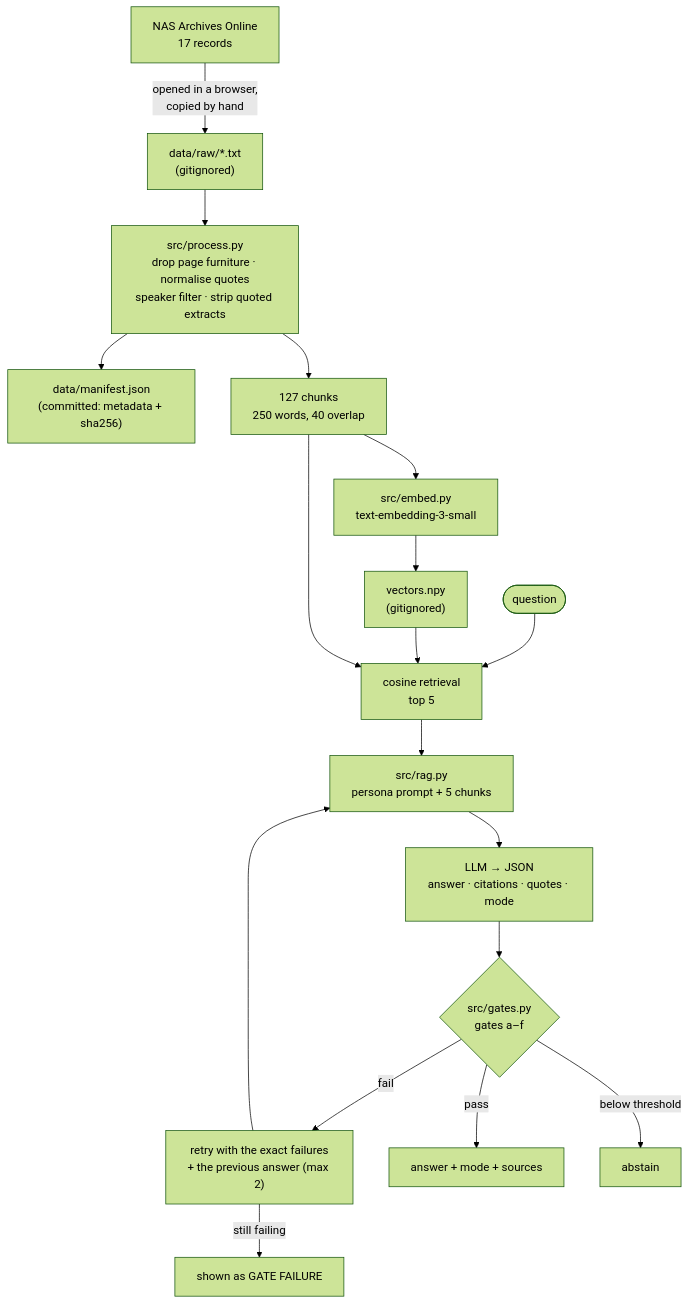
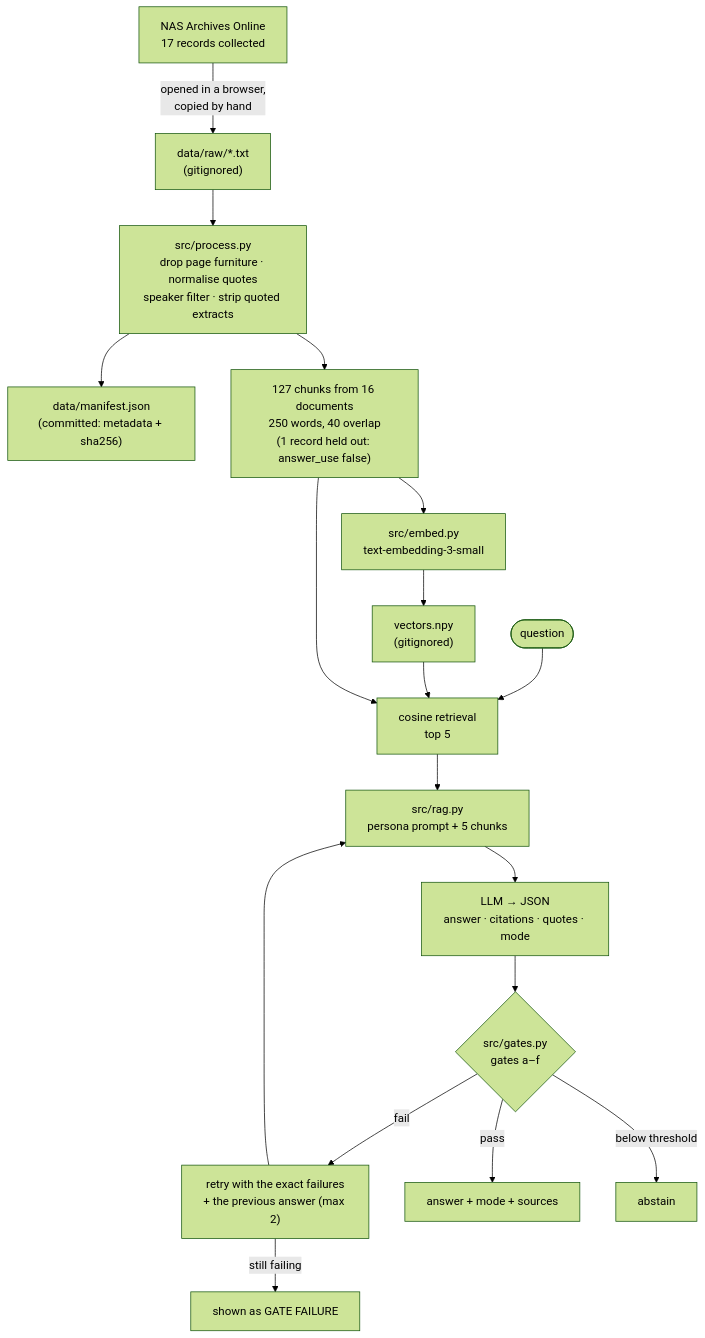
One commit to lathifash03/what-would-lky-do changed the diagram in README.md. Above: the diagram before and after it, drawn with Mermaid (forest theme). The commit also changed other lines of this file, not shown here.

First line of the commit message:
README: distinguish documents collected from documents indexed

````diff
--- a/README.md
+++ b/README.md
@@ -50,21 +50,21 @@
 ```mermaid
 flowchart TD
-    A["NAS Archives Online<br/>17 records"] -->|"opened in a browser,<br/>copied by hand"| B["data/raw/*.txt<br/>(gitignored)"]
+    A["NAS Archives Online<br/>17 records collected"] -->|"opened in a browser,<br/>copied by hand"| B["data/raw/*.txt<br/>(gitignored)"]
     B --> C["src/process.py<br/>drop page furniture · normalise quotes<br/>speaker filter · strip quoted extracts"]
     C --> M["data/manifest.json<br/>(committed: metadata + sha256)"]
-    C --> D["127 chunks<br/>250 words, 40 overlap"]
+    C --> D["127 chunks from 16 documents<br/>250 words, 40 overlap<br/>(1 record held out: answer_use false)"]
     D --> E["src/embed.py<br/>text-embedding-3-small"]
     E --> F["vectors.npy<br/>(gitignored)"]
 
     Q(["question"]) --> G["cosine retrieval<br/>top 5"]
     F --> G
     D --> G
     G --> H["src/rag.py<br/>persona prompt + 5 chunks"]
     H --> I["LLM → JSON<br/>answer · citations · quotes · mode"]
     I --> J{"src/gates.py<br/>gates a–f"}
     J -->|"fail"| K["retry with the exact failures<br/>+ the previous answer (max 2)"]
     K --> H
     J -->|"pass"| L["answer + mode + sources"]
     K -->|"still failing"| X["shown as GATE FAILURE"]
     J -->|"below threshold"| Y["abstain"]
 ```
````
